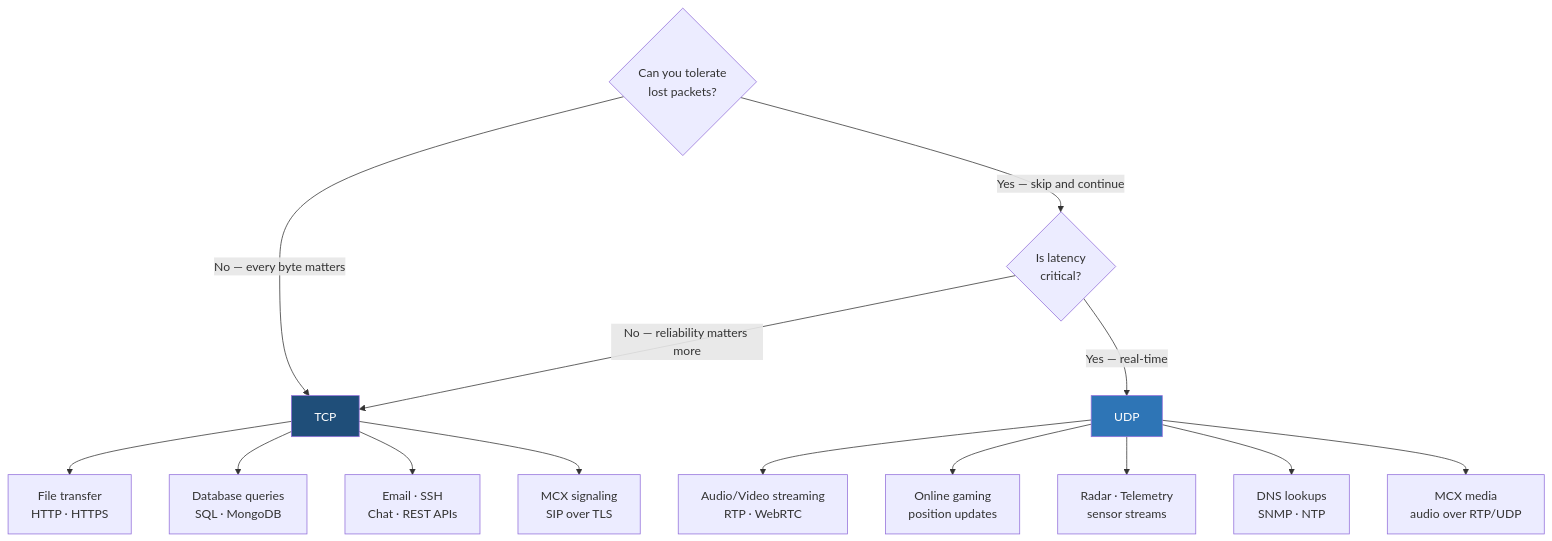
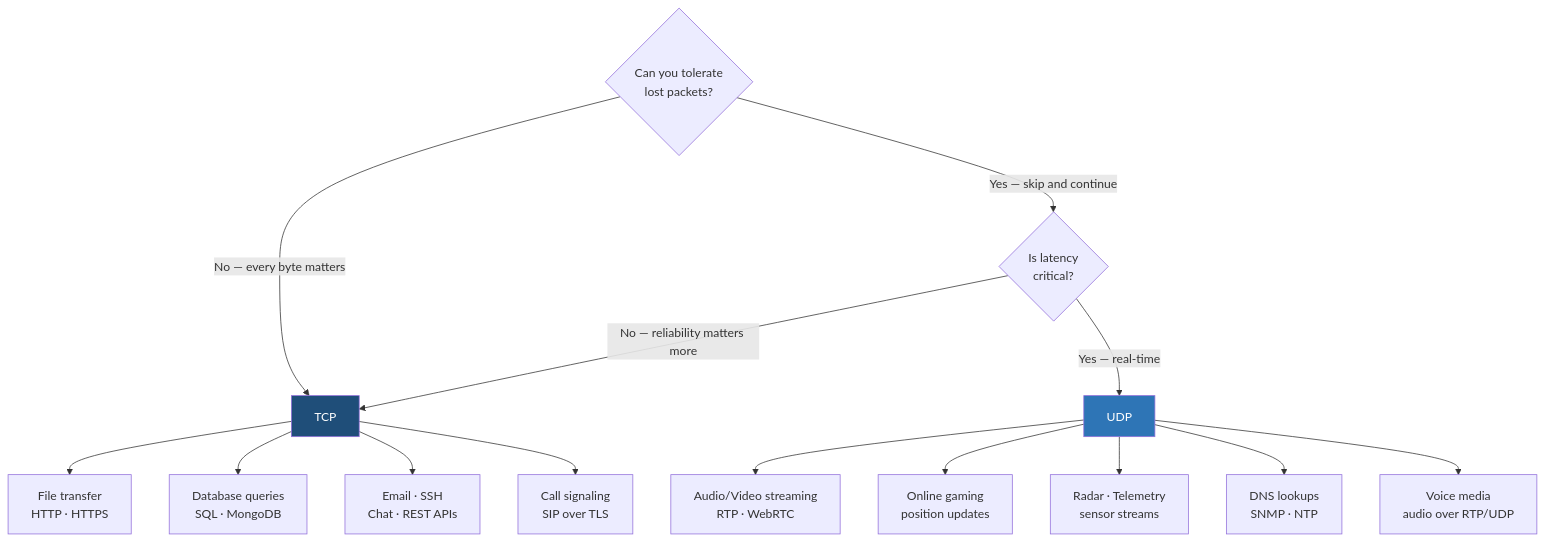
Before and after one commit to Apisteftos/QTprojects: the ninth of 10 diagrams in 10_IO_and_Data/qt_networking_demo/qt_udp_sender/TCP_vs_UDP.md, drawn with Mermaid. The commit also changed other lines of this file and 15 other files, not shown here.

````diff
--- a/10_IO_and_Data/qt_networking_demo/qt_udp_sender/TCP_vs_UDP.md
+++ b/10_IO_and_Data/qt_networking_demo/qt_udp_sender/TCP_vs_UDP.md
@@ -322,25 +322,25 @@
 ```mermaid
 flowchart TD
     Q1{Can you tolerate\nlost packets?}
 
     Q1 -->|No — every byte matters| TCP
     Q1 -->|Yes — skip and continue| Q2
 
     Q2{Is latency\ncritical?}
     Q2 -->|Yes — real-time| UDP
     Q2 -->|No — reliability matters more| TCP
 
     TCP --> T1[File transfer\nHTTP · HTTPS]
     TCP --> T2[Database queries\nSQL · MongoDB]
     TCP --> T3[Email · SSH\nChat · REST APIs]
-    TCP --> T4[MCX signaling\nSIP over TLS]
+    TCP --> T4[Call signaling\nSIP over TLS]
 
     UDP --> U1[Audio/Video streaming\nRTP · WebRTC]
     UDP --> U2[Online gaming\nposition updates]
     UDP --> U3[Radar · Telemetry\nsensor streams]
     UDP --> U4[DNS lookups\nSNMP · NTP]
-    UDP --> U5[MCX media\naudio over RTP/UDP]
+    UDP --> U5[Voice media\naudio over RTP/UDP]
 
     style TCP fill:#1F4E79,color:#fff
     style UDP fill:#2E75B6,color:#fff
 ```
````
